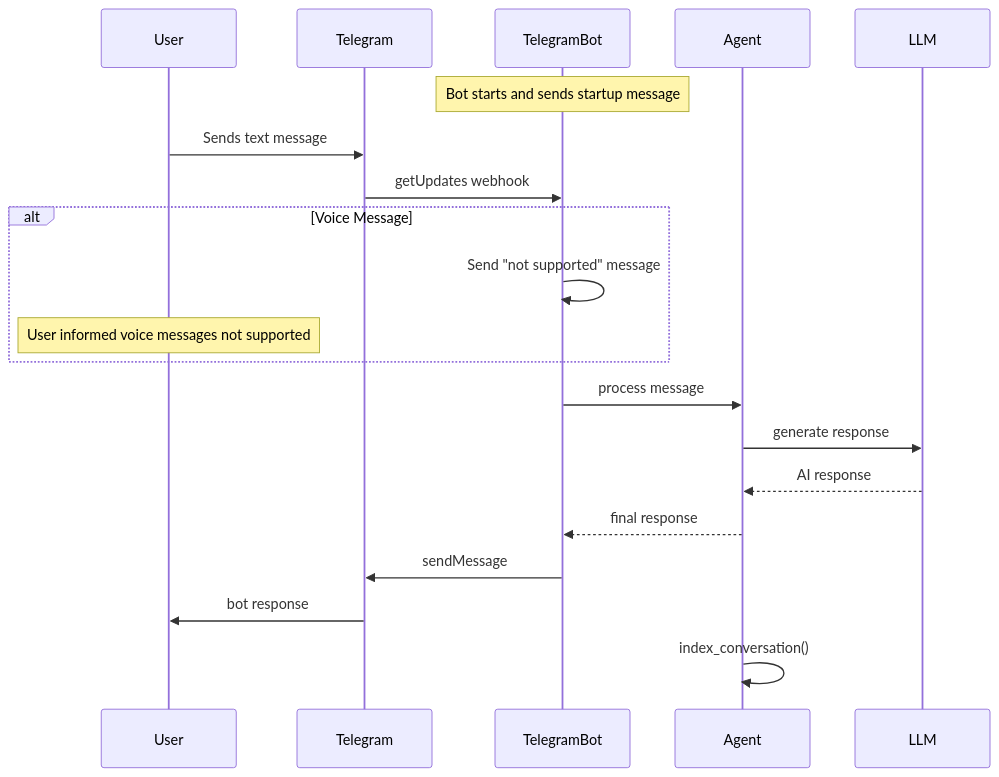
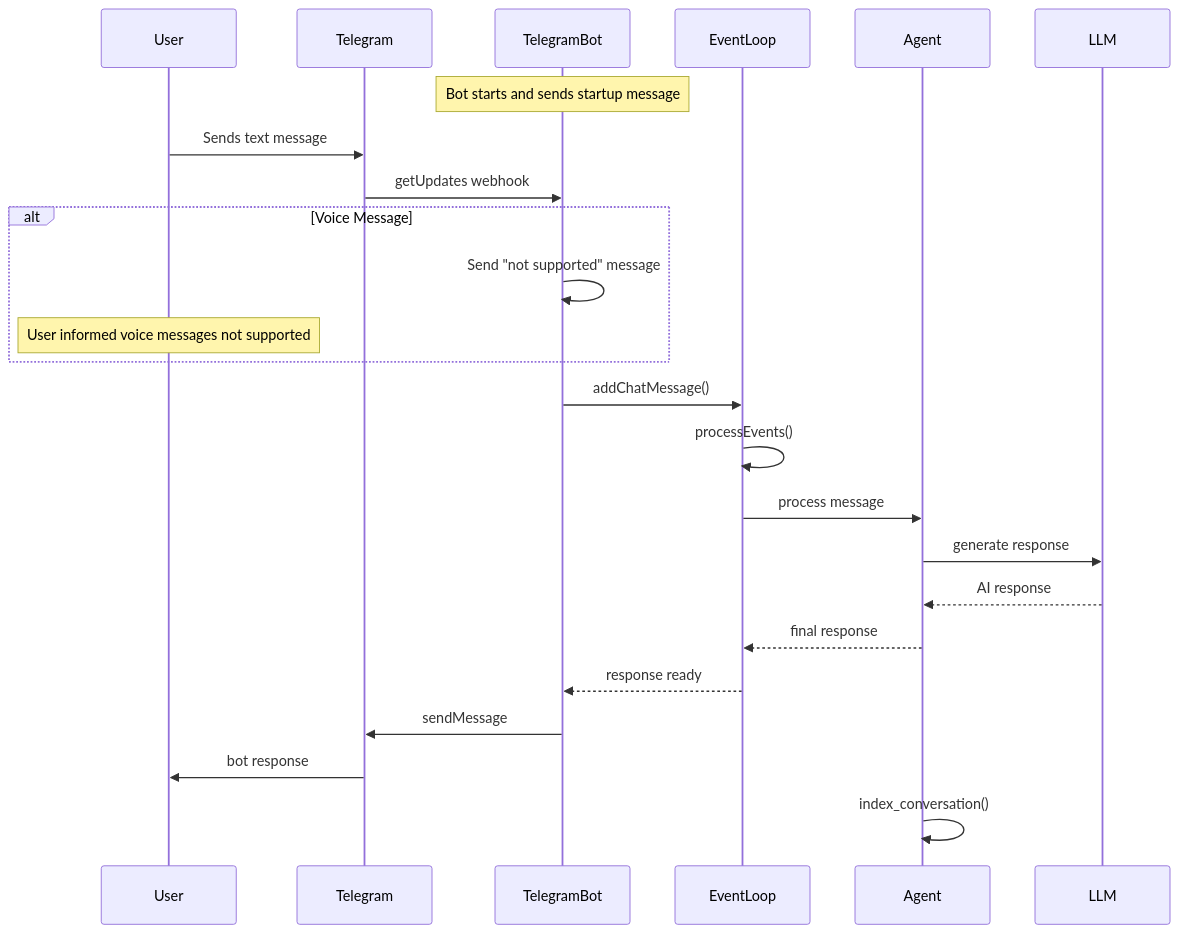
Before and after one commit to satibot/satibot: the second of 4 diagrams in docs/TELEGRAM_BOT.md, drawn with Mermaid. The commit also changed other lines of this file and 2 other files, not shown here.

First line of the commit message:
refactor: migrate Telegram bot to event loop-based architecture from synchronous threading model

````diff
--- a/docs/TELEGRAM_BOT.md
+++ b/docs/TELEGRAM_BOT.md
@@ -76,34 +92,38 @@
 ```mermaid
 sequenceDiagram
     participant User
     participant Telegram
     participant TelegramBot
+    participant EventLoop
     participant Agent
     participant LLM
     
     %% Initial Setup
     Note over TelegramBot: Bot starts and sends startup message
     
     %% Message Reception
     User->>Telegram: Sends text message
     Telegram->>TelegramBot: getUpdates webhook
     
     %% Voice Message Handling (if applicable)
     alt Voice Message
         TelegramBot->>TelegramBot: Send "not supported" message
         Note over User: User informed voice messages not supported
     end
     
-    %% Message Processing
-    TelegramBot->>Agent: process message
+    %% Message Processing via Event Loop
+    TelegramBot->>EventLoop: addChatMessage()
+    EventLoop->>EventLoop: processEvents()
+    EventLoop->>Agent: process message
     Agent->>LLM: generate response
     LLM-->>Agent: AI response
-    Agent-->>TelegramBot: final response
+    Agent-->>EventLoop: final response
     
     %% Response Delivery
+    EventLoop-->>TelegramBot: response ready
     TelegramBot->>Telegram: sendMessage
     Telegram->>User: bot response
     
     %% Session Management
     Agent->>Agent: index_conversation()
 ```
````
